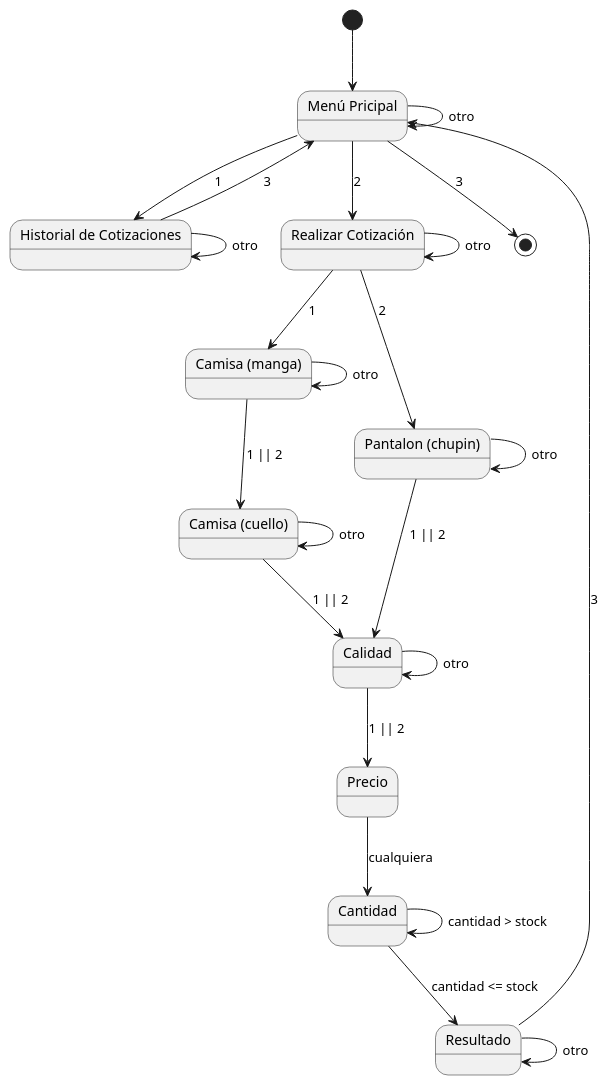
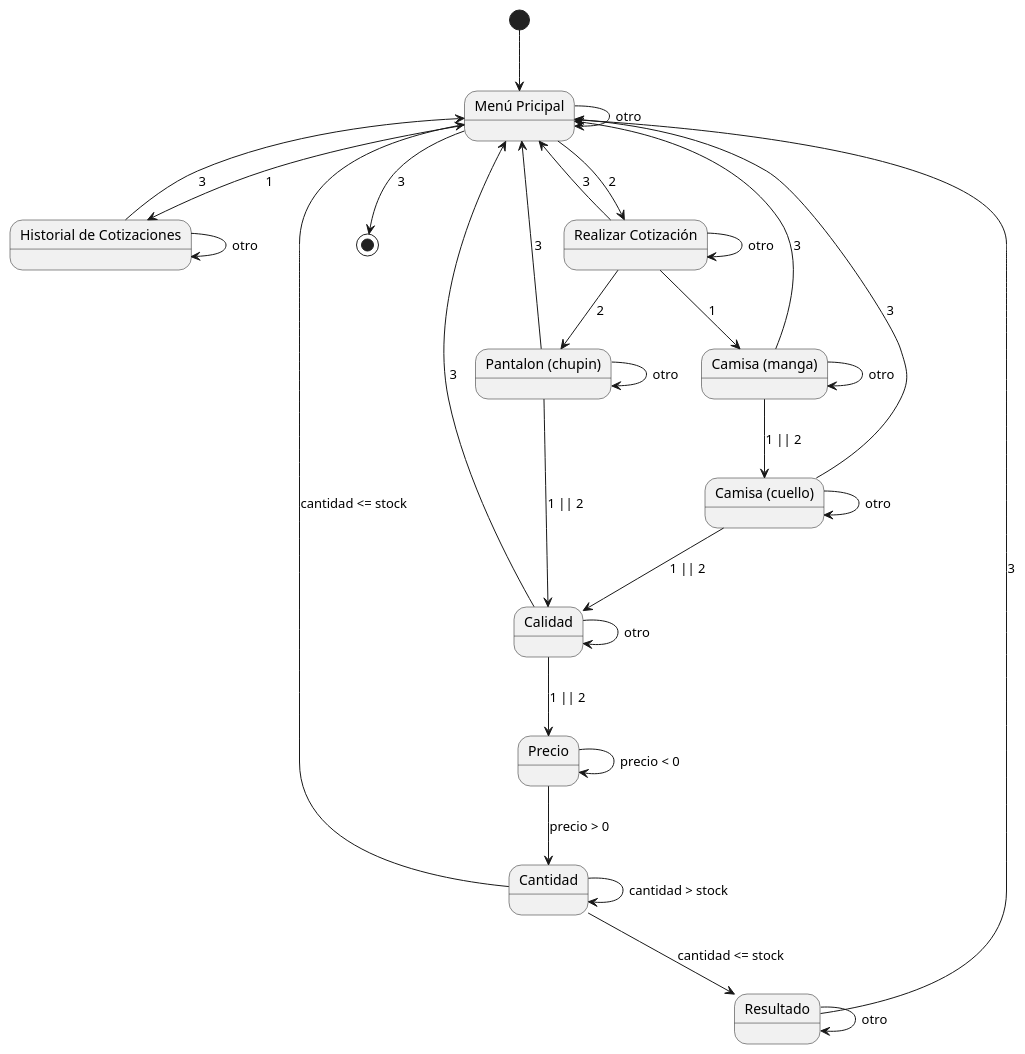
The diagram in docs/diagrams/src/stateDiagram.plantuml (nachomoledo/CppExam), drawn with PlantUML before and after one commit. The commit also changed 3 other files, not shown here.

```diff
--- a/docs/diagrams/src/stateDiagram.plantuml
+++ b/docs/diagrams/src/stateDiagram.plantuml
@@ -1,46 +1,53 @@
 @startuml stateDiagram
 
 state "Menú Pricipal" as main
 
 state "Historial de Cotizaciones" as hist
 
 state "Realizar Cotización" as cot
 
 state "Camisa (manga)" as camMan
 
 state "Camisa (cuello)" as camCue
 
 state "Pantalon (chupin)" as pantChup
 
 state "Calidad" as cal
 
 state "Precio" as precio
 
 state "Cantidad" as cant
 
 state "Resultado" as res
 
 [*] --> main
 main --> hist : 1
 main --> cot : 2
 main --> [*] : 3
 main --> main : otro
 hist --> main : 3
 hist --> hist : otro
 cot --> camMan : 1
 cot --> pantChup : 2
-pantChup --> pantChup : otro
+cot --> main : 3
 cot --> cot : otro
 camMan --> camCue : 1 || 2
+camMan --> main : 3
 camMan --> camMan : otro
+camCue --> cal : 1 || 2
+camCue --> main : 3
 camCue --> camCue : otro
-camCue --> cal : 1 || 2
 pantChup --> cal : 1 || 2
+pantChup --> main : 3
+pantChup --> pantChup : otro
 cal --> precio : 1 || 2
+cal --> main : 3
 cal --> cal : otro
-precio --> cant : cualquiera
+precio --> cant : precio > 0
+precio --> precio : precio < 0
 cant --> cant : cantidad > stock
 cant --> res : cantidad <= stock
+cant --> main : cantidad <= stock
 res --> main : 3
 res --> res : otro
 @enduml
```
